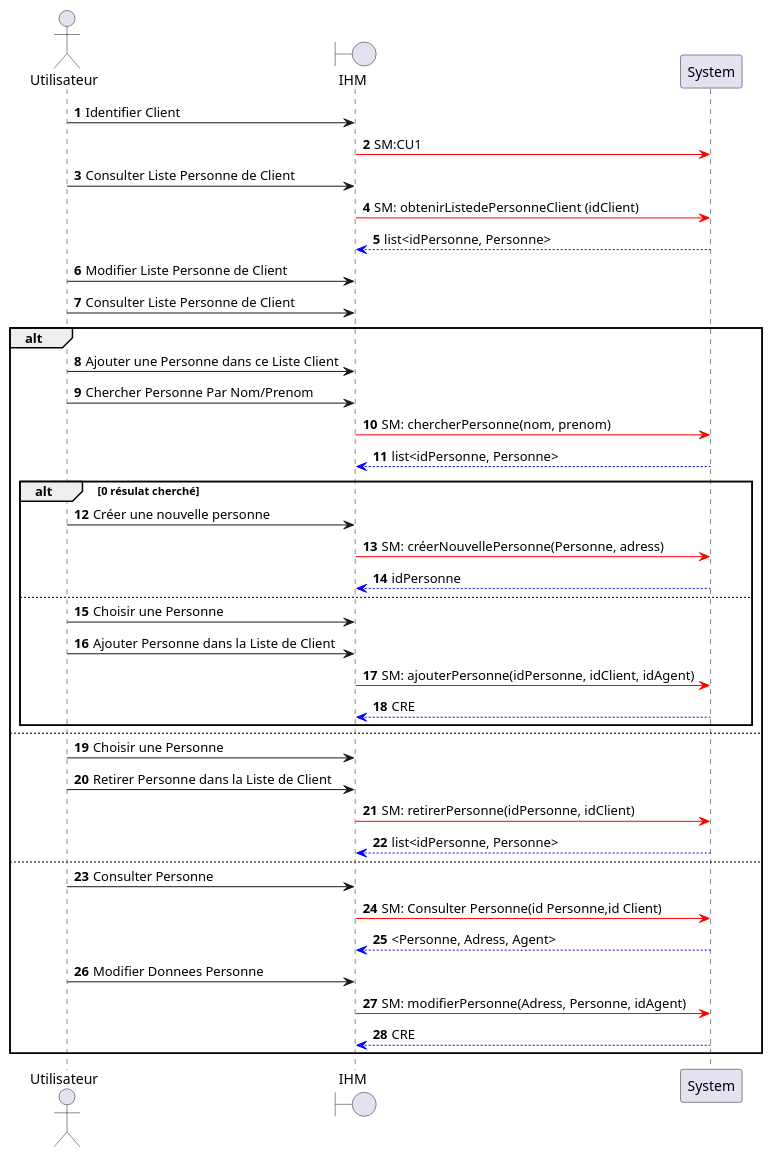
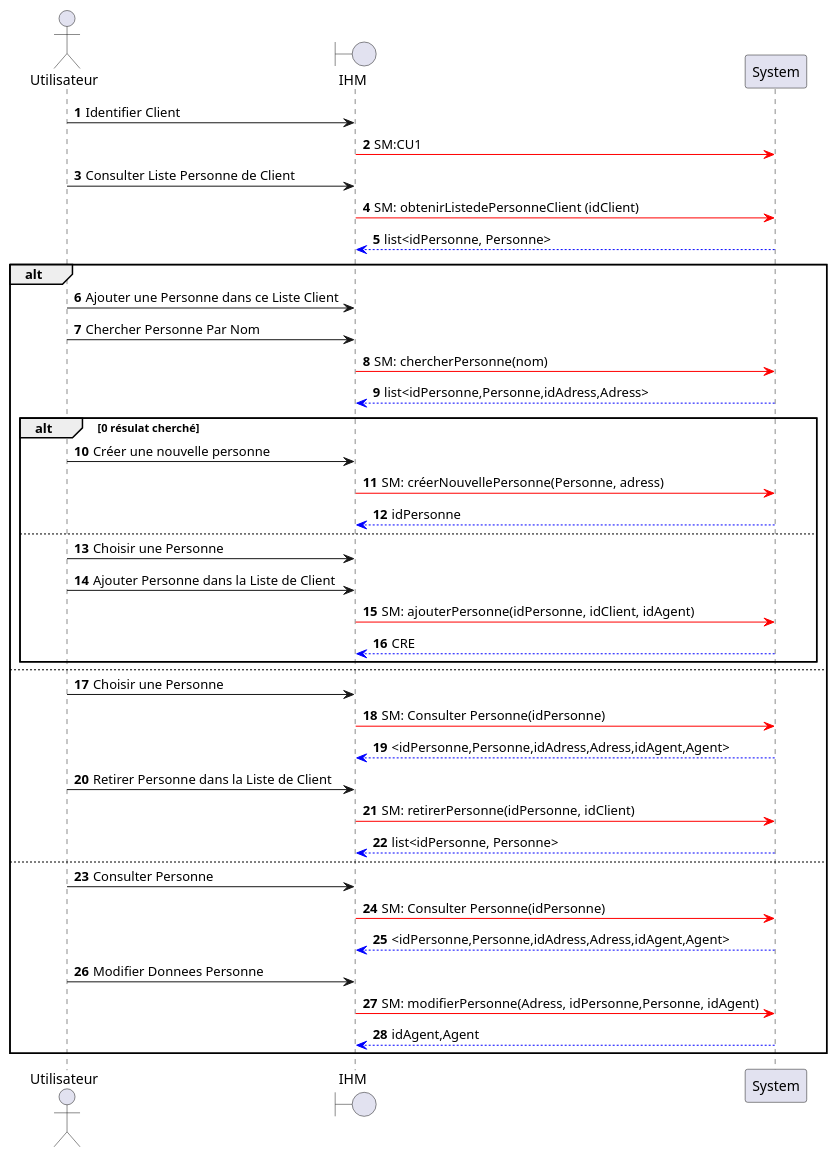
One commit to HZjiadong/PLD-MARS changed the diagram in src/documentation/CU2-DSS.puml. Above: the diagram before and after it, drawn with PlantUML. The commit also changed 1 other file, not shown here.

```diff
--- a/src/documentation/CU2-DSS.puml
+++ b/src/documentation/CU2-DSS.puml
@@ -1,51 +1,54 @@
 @startuml
 
 actor Utilisateur as U
 boundary IHM as I
 participant System as S
 
 '在personne和Contact之间添加一个association 来储存最后一个modifier/ajouter 的Contact的Id
 autonumber
 
 U->I: Identifier Client
     I-[#red]>S: SM:CU1
 
 U->I: Consulter Liste Personne de Client
     I-[#red]>S: SM: obtenirListedePersonneClient (idClient)
 
     S-[#0000FF]->I: list<idPersonne, Personne>
 
 
-U->I: Modifier Liste Personne de Client
-U->I: Consulter Liste Personne de Client
+'U->I: Modifier Liste Personne de Client
+'U->I: Consulter Liste Personne de Client
 alt
     U->I: Ajouter une Personne dans ce Liste Client
 
-    U->I: Chercher Personne Par Nom/Prenom
-        I-[#red]>S: SM: chercherPersonne(nom, prenom)
-        S-[#0000FF]->I: list<idPersonne, Personne>
+    U->I: Chercher Personne Par Nom
+        I-[#red]>S: SM: chercherPersonne(nom)
+        S-[#0000FF]->I: list<idPersonne,Personne,idAdress,Adress>
     alt  0 résulat cherché
     U->I: Créer une nouvelle personne
         I-[#red]>S: SM: créerNouvellePersonne(Personne, adress)
         S-[#0000FF]->I: idPersonne
     else
     U->I: Choisir une Personne
 
     U->I: Ajouter Personne dans la Liste de Client
         I-[#red]>S: SM: ajouterPersonne(idPersonne, idClient, idAgent)
         S-[#0000FF]->I: CRE
     end
 else
     U->I: Choisir une Personne
+        I-[#red]>S: SM: Consulter Personne(idPersonne)
+        S-[#0000FF]->I: <idPersonne,Personne,idAdress,Adress,idAgent,Agent>
     U->I: Retirer Personne dans la Liste de Client
         I-[#red]>S: SM: retirerPersonne(idPersonne, idClient)
         S-[#0000FF]->I: list<idPersonne, Personne>
 else
     U->I: Consulter Personne
-        I-[#red]>S: SM: Consulter Personne(id Personne,id Client)
-        S-[#0000FF]->I: <Personne, Adress, Agent>
+        I-[#red]>S: SM: Consulter Personne(idPersonne)
+        S-[#0000FF]->I: <idPersonne,Personne,idAdress,Adress,idAgent,Agent>
     U->I: Modifier Donnees Personne
-        I-[#red]>S: SM: modifierPersonne(Adress, Personne, idAgent)
-        S-[#0000FF]->I: CRE
+        I-[#red]>S: SM: modifierPersonne(Adress, idPersonne,Personne, idAgent)
+        S-[#0000FF]->I: idAgent,Agent
+
 end
 @enduml
```
